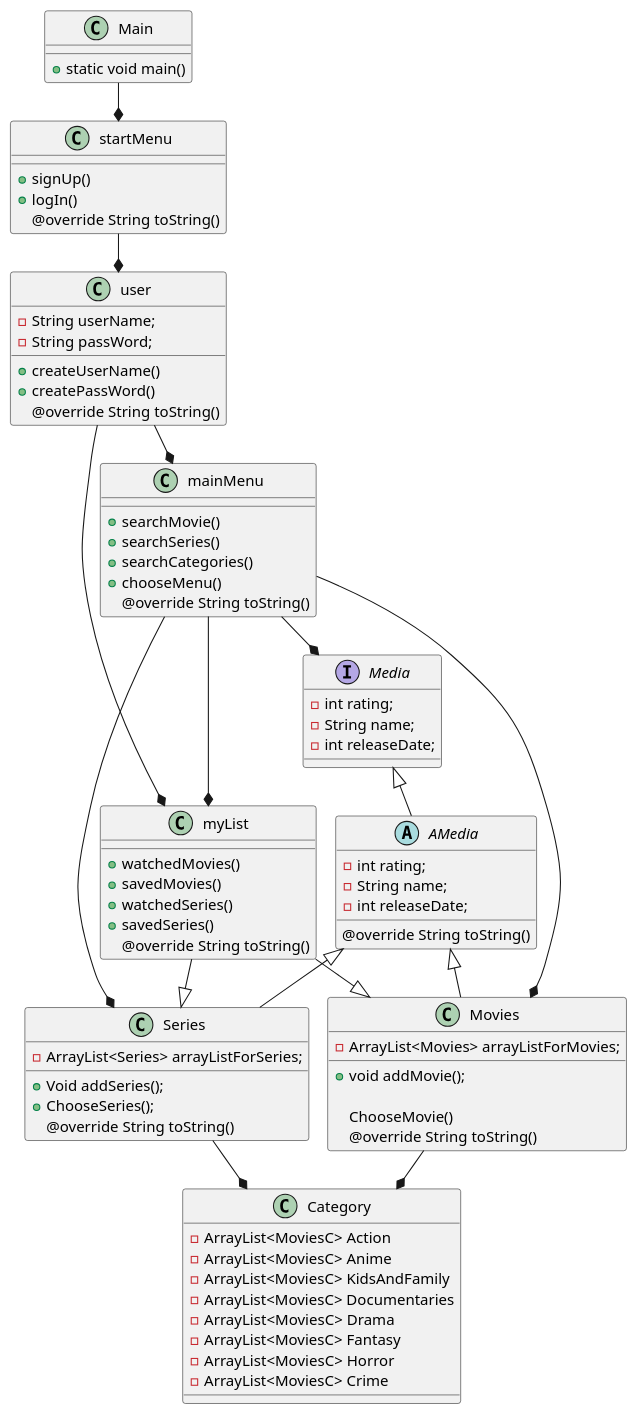
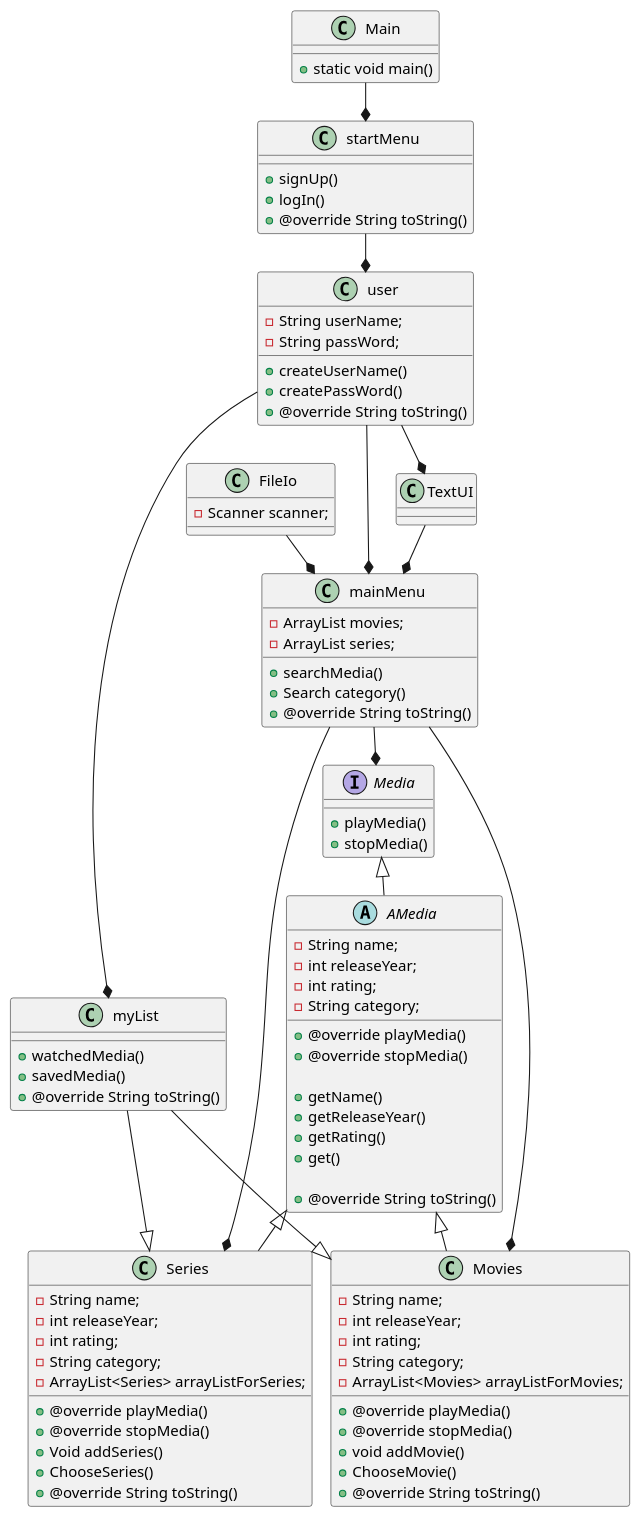
One commit to Umair-230104/SP3 changed the diagram in SP3-gruppe/doc/classdiagram/netflixdiagram.puml. Above: the diagram before and after it, drawn with PlantUML. The commit also changed 2 other files, not shown here.

```diff
--- a/SP3-gruppe/doc/classdiagram/netflixdiagram.puml
+++ b/SP3-gruppe/doc/classdiagram/netflixdiagram.puml
@@ -1,105 +1,124 @@
 @startuml
 !pragma layout smetana
 'https://plantuml.com/sequence-diagram
 
 Class Main{
 + static void main()
 
 }
 
 Class startMenu{
 + signUp()
 + logIn()
-@override String toString()
++@override String toString()
 
 }
 
 Class user{
 -String userName;
 -String passWord;
 
 +createUserName()
 +createPassWord()
-@override String toString()
++@override String toString()
 
 }
 
+Class TextUI {
+
+}
+
+Class FileIo{
+-Scanner scanner;
+}
+
 Class mainMenu{
-+searchMovie()
-+searchSeries()
-+searchCategories()
-+chooseMenu()
-@override String toString()
+-ArrayList movies;
+-ArrayList series;
+
++searchMedia()
++Search category()
++@override String toString()
 
 }
 
 Class myList{
-+watchedMovies()
-+savedMovies()
-+watchedSeries()
-+savedSeries()
-@override String toString()
++watchedMedia()
++savedMedia()
++@override String toString()
 }
 
 interface Media{
--int rating;
--String name;
--int releaseDate;
++playMedia()
++stopMedia()
 
 }
 
 abstract class AMedia extends Media{
+-String name;
+-int releaseYear;
 -int rating;
--String name;
--int releaseDate;
-@override String toString()
+-String category;
+
++@override playMedia()
++@override stopMedia()
+
++getName()
++getReleaseYear()
++getRating()
++get()
+
++@override String toString()
 
 
 }
 
 Class Movies extends AMedia{
+-String name;
+-int releaseYear;
+-int rating;
+-String category;
 -ArrayList<Movies> arrayListForMovies;
-+void addMovie();
 
-ChooseMovie()
-@override String toString()
++@override playMedia()
++@override stopMedia()
++void addMovie()
++ChooseMovie()
++@override String toString()
 
 }
 
 Class Series extends AMedia{
+-String name;
+-int releaseYear;
+-int rating;
+-String category;
 -ArrayList<Series> arrayListForSeries;
-+Void addSeries();
-+ChooseSeries();
-@override String toString()
+
++@override playMedia()
++@override stopMedia()
++Void addSeries()
++ChooseSeries()
++@override String toString()
 
 }
 
-Class Category{
--ArrayList<MoviesC> Action
--ArrayList<MoviesC> Anime
--ArrayList<MoviesC> KidsAndFamily
--ArrayList<MoviesC> Documentaries
--ArrayList<MoviesC> Drama
--ArrayList<MoviesC> Fantasy
--ArrayList<MoviesC> Horror
--ArrayList<MoviesC> Crime
 
-}
+
 
 Main --* startMenu
 startMenu --* user
 user --* mainMenu
 user --* myList
-mainMenu --* myList
+FileIo --* mainMenu
+user--* TextUI
 mainMenu --* Movies
 mainMenu --* Series
 myList --|> Movies
 myList --|> Series
-Movies --* Category
-Series --* Category
 mainMenu --* Media
-
+TextUI --* mainMenu
 
 
 
 @enduml
```
